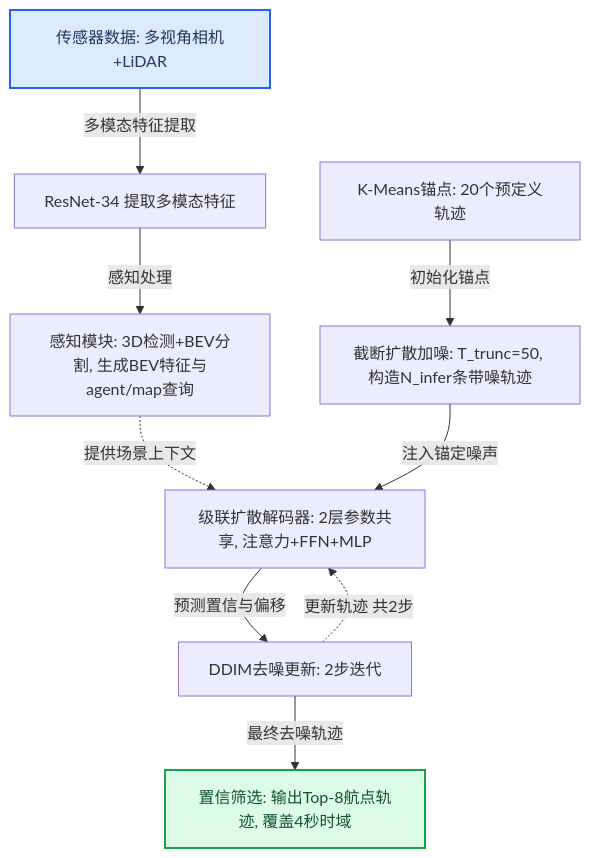
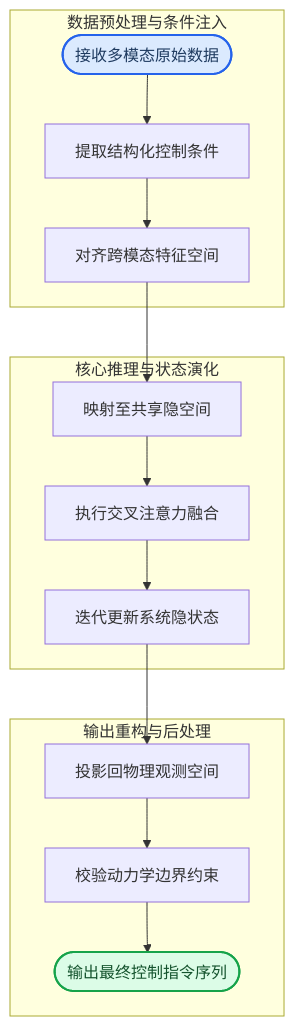
One commit to ShinewineW/paper-rolling changed the third of 10 diagrams in person_vault/2026-06-08_DiffusionDrive_2411.15139/report.md. Above: the diagram before and after it, drawn with Mermaid. The commit also changed other lines of this file and 300 other files, not shown here.

````diff
--- a/person_vault/2026-06-08_DiffusionDrive_2411.15139/report.md
+++ b/person_vault/2026-06-08_DiffusionDrive_2411.15139/report.md
@@ -96,27 +117,33 @@
 ```mermaid
 flowchart TB
-    A["传感器数据: 多视角相机+LiDAR"]
-    B["ResNet-34 提取多模态特征"]
-    C["感知模块: 3D检测+BEV分割, 生成BEV特征与agent/map查询"]
-    D["K-Means锚点: 20个预定义轨迹"]
-    E["截断扩散加噪: T_trunc=50, 构造N_infer条带噪轨迹"]
-    F["级联扩散解码器: 2层参数共享, 注意力+FFN+MLP"]
-    G["DDIM去噪更新: 2步迭代"]
-    H["置信筛选: 输出Top-8航点轨迹, 覆盖4秒时域"]
+    subgraph data_prep ["数据预处理与条件注入"]
+        raw_input(["接收多模态原始数据"])
+        cond_extract["提取结构化控制条件"]
+        norm_align["对齐跨模态特征空间"]
+    end
+    subgraph core_engine ["核心推理与状态演化"]
+        latent_map["映射至共享隐空间"]
+        attn_fusion["执行交叉注意力融合"]
+        step_update["迭代更新系统隐状态"]
+    end
+    subgraph output_gen ["输出重构与后处理"]
+        decode_proj["投影回物理观测空间"]
+        constraint_check["校验动力学边界约束"]
+        final_output(["输出最终控制指令序列"])
+    end
 
-    A -->|多模态特征提取| B
-    B -->|感知处理| C
-    C -.->|提供场景上下文| F
-    D -->|初始化锚点| E
-    E -->|注入锚定噪声| F
-    F -->|预测置信与偏移| G
-    G -.->|更新轨迹 共2步| F
-    G -->|最终去噪轨迹| H
+    raw_input --> cond_extract
+    cond_extract --> norm_align
+    norm_align --> latent_map
+    latent_map --> attn_fusion
+    attn_fusion --> step_update
+    step_update --> decode_proj
+    decode_proj --> constraint_check
+    constraint_check --> final_output
 
     classDef required fill:#dbeafe,stroke:#2563eb,stroke-width:2px,color:#1e3a5f
     classDef output fill:#dcfce7,stroke:#16a34a,stroke-width:2px,color:#14532d
     classDef optional fill:#fef9c3,stroke:#ca8a04,stroke-width:2px,color:#713f12
-
-    class A required
-    class H output
+    class raw_input required
+    class final_output output
 ```
````
